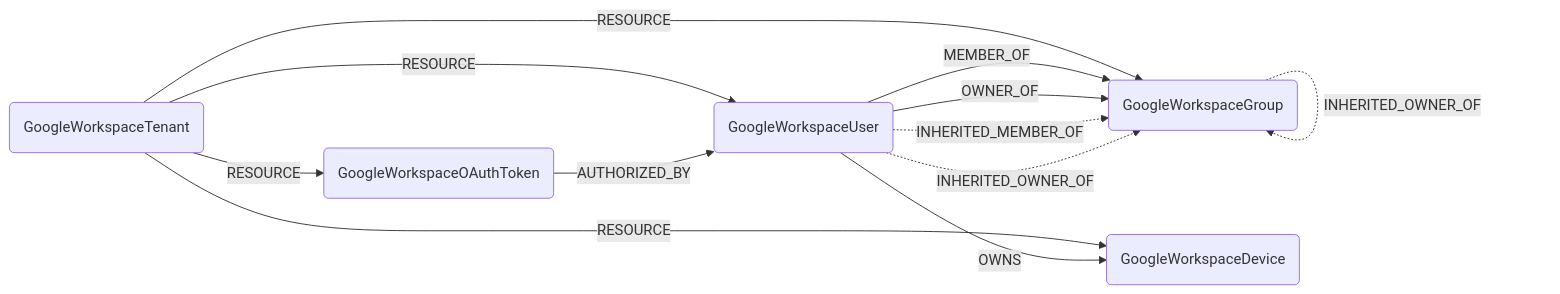
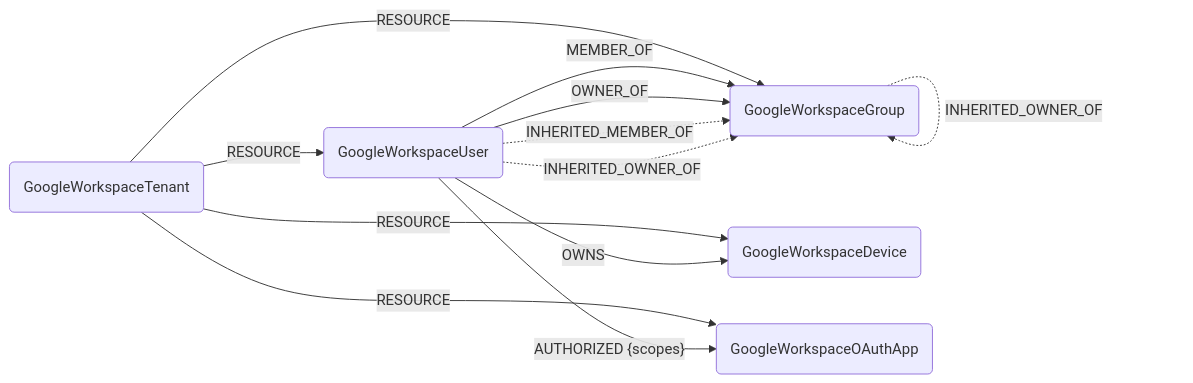
One commit to cartography-cncf/cartography changed the diagram in docs/root/modules/googleworkspace/schema.md. Above: the diagram before and after it, drawn with Mermaid. The commit also changed other lines of this file and 9 other files, not shown here.

````diff
--- a/docs/root/modules/googleworkspace/schema.md
+++ b/docs/root/modules/googleworkspace/schema.md
@@ -3,17 +3,17 @@
 ```mermaid
 graph LR
     T(GoogleWorkspaceTenant) -- RESOURCE --> U(GoogleWorkspaceUser)
     T -- RESOURCE --> G(GoogleWorkspaceGroup)
     T -- RESOURCE --> D(GoogleWorkspaceDevice)
-    T -- RESOURCE --> O(GoogleWorkspaceOAuthToken)
+    T -- RESOURCE --> A(GoogleWorkspaceOAuthApp)
     U -- MEMBER_OF --> G
     U -- OWNER_OF --> G
     U -- OWNS --> D
+    U -- "AUTHORIZED {scopes}" --> A
     U -. INHERITED_MEMBER_OF .-> G
     U -. INHERITED_OWNER_OF .-> G
     G -- MEMBER_OF --> G
     G -- OWNER_OF --> G
     G -. INHERITED_MEMBER_OF .-> G
     G -. INHERITED_OWNER_OF .-> G
-    O -- AUTHORIZED_BY --> U
 ```
````
